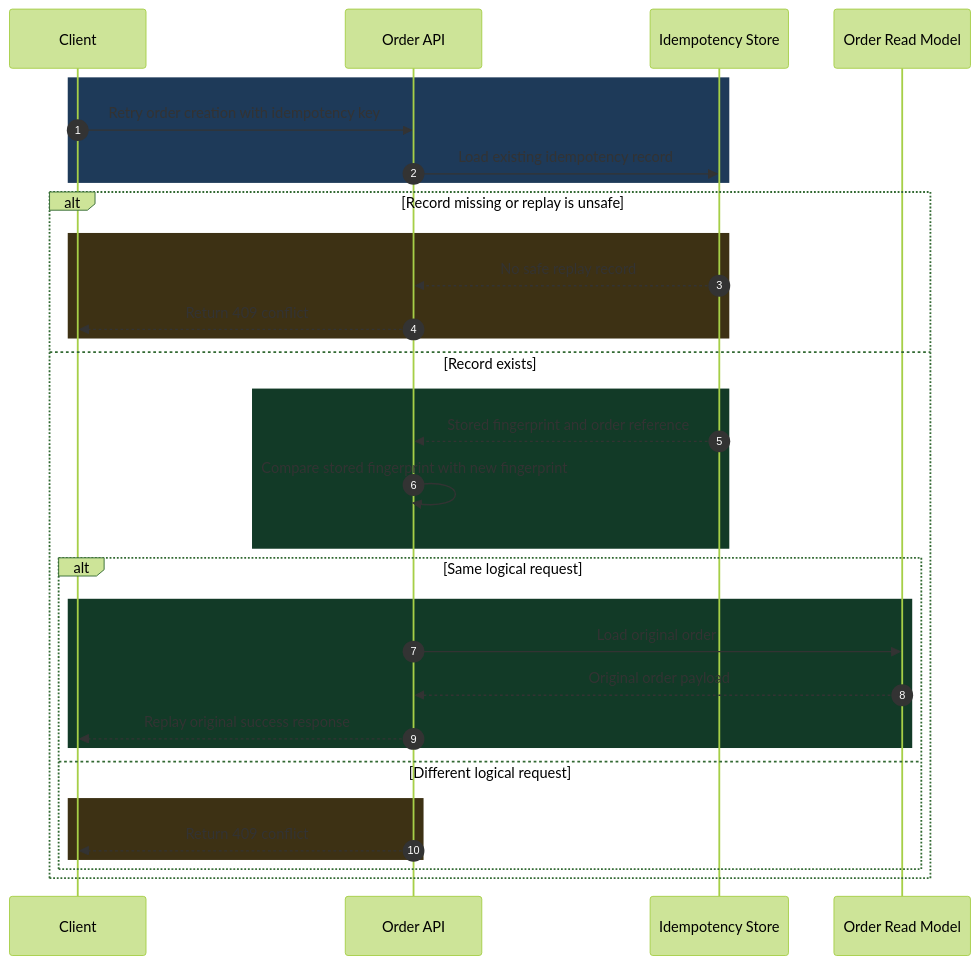
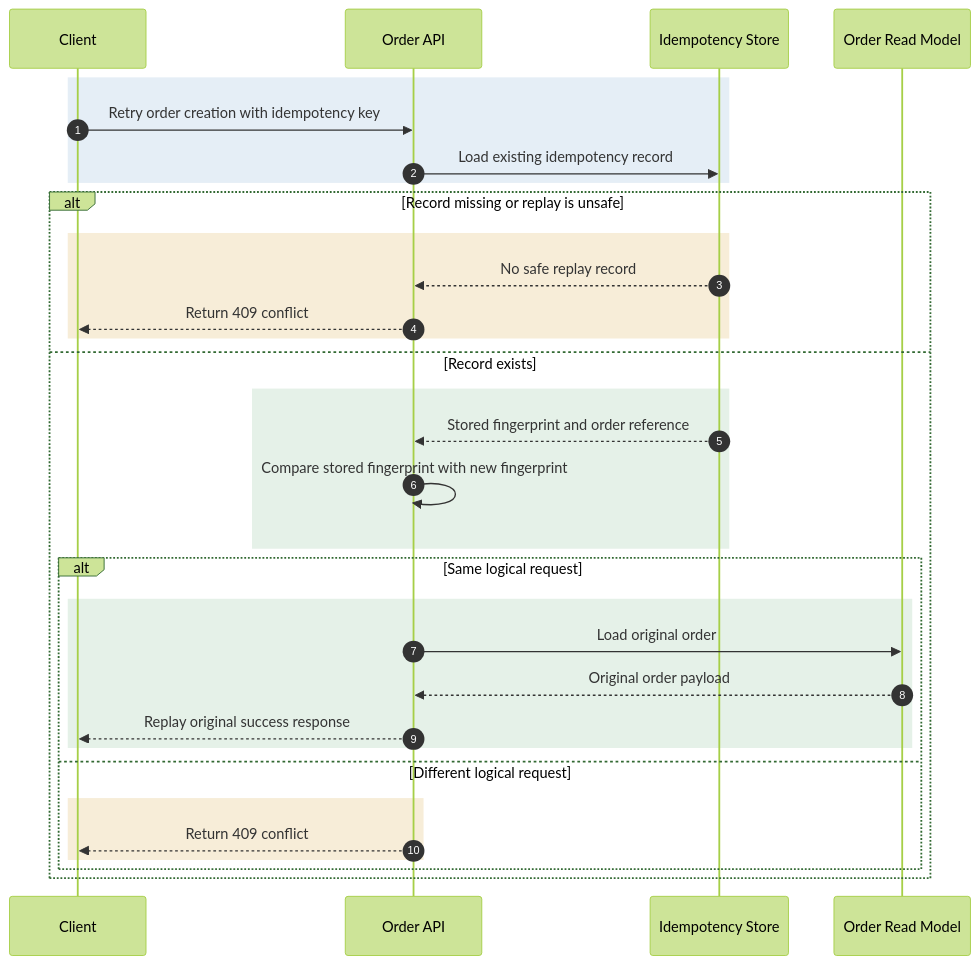
One commit to Thirana/portfolio-thirana changed the third of 3 diagrams in content/blog/safe-order-creation-idempotency-transactions.mdx. Above: the diagram before and after it, drawn with Mermaid (forest theme). The commit also changed other lines of this file and 193 other files, not shown here.

````diff
--- a/content/blog/safe-order-creation-idempotency-transactions.mdx
+++ b/content/blog/safe-order-creation-idempotency-transactions.mdx
@@ -365,37 +365,37 @@
 ```mermaid
 sequenceDiagram
   autonumber
   participant Client
   participant API as Order API
   participant Idem as Idempotency Store
   participant Orders as Order Read Model
 
-  rect rgb(30, 58, 89)
+  rect rgb(229, 238, 246)
     Client->>API: Retry order creation with idempotency key
     API->>Idem: Load existing idempotency record
   end
 
   alt Record missing or replay is unsafe
-    rect rgb(61, 49, 20)
+    rect rgb(247, 237, 216)
       Idem-->>API: No safe replay record
       API-->>Client: Return 409 conflict
     end
   else Record exists
-    rect rgb(18, 58, 39)
+    rect rgb(229, 241, 232)
       Idem-->>API: Stored fingerprint and order reference
       API->>API: Compare stored fingerprint with new fingerprint
     end
 
     alt Same logical request
-      rect rgb(18, 58, 39)
+      rect rgb(229, 241, 232)
         API->>Orders: Load original order
         Orders-->>API: Original order payload
         API-->>Client: Replay original success response
       end
     else Different logical request
-      rect rgb(61, 49, 20)
+      rect rgb(247, 237, 216)
         API-->>Client: Return 409 conflict
       end
     end
   end
 ```
````
